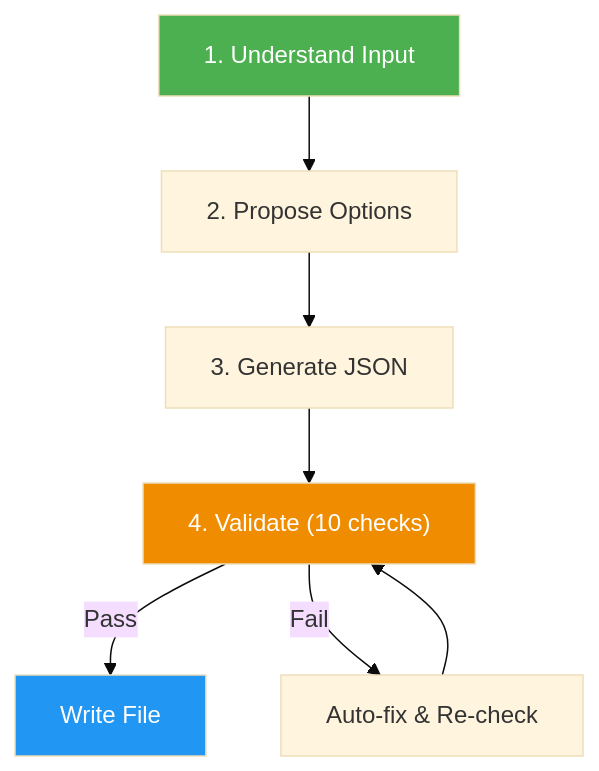
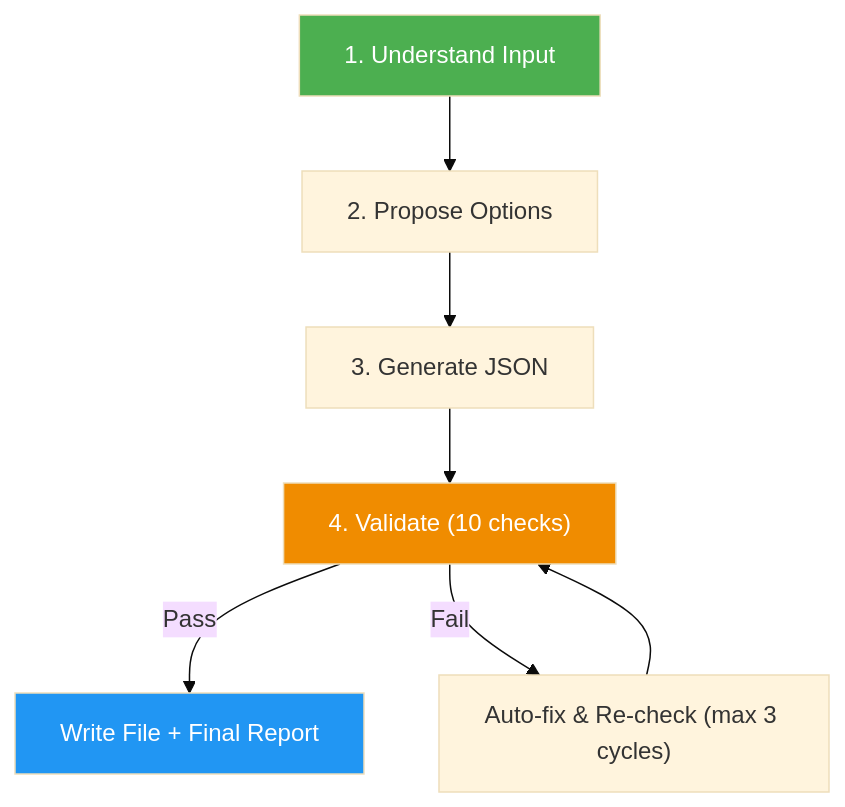
One commit to luongnv89/skills changed the diagram in skills/diagram-generator/excalidraw-generator/docs/README.md. Above: the diagram before and after it, drawn with Mermaid (base theme). The commit also changed other lines of this file and 10 other files, not shown here.

````diff
--- a/skills/diagram-generator/excalidraw-generator/docs/README.md
+++ b/skills/diagram-generator/excalidraw-generator/docs/README.md
@@ -35,12 +35,12 @@
 ```mermaid
 graph TD
     A["1. Understand Input"] --> B["2. Propose Options"]
     B --> C["3. Generate JSON"]
     C --> D["4. Validate (10 checks)"]
-    D -->|Pass| E["Write File"]
-    D -->|Fail| F["Auto-fix & Re-check"]
+    D -->|Pass| E["Write File + Final Report"]
+    D -->|Fail| F["Auto-fix & Re-check (max 3 cycles)"]
     F --> D
     style A fill:#4CAF50,color:#fff
     style E fill:#2196F3,color:#fff
     style D fill:#f08c00,color:#fff
 ```
````
